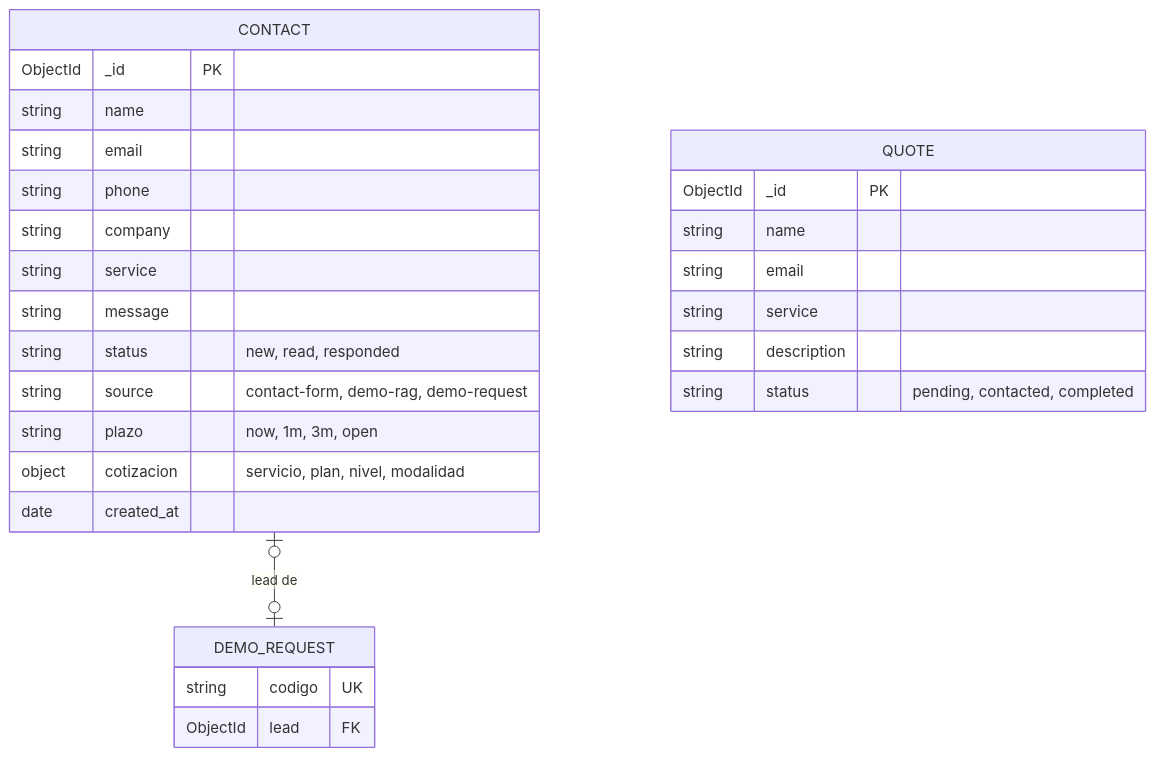
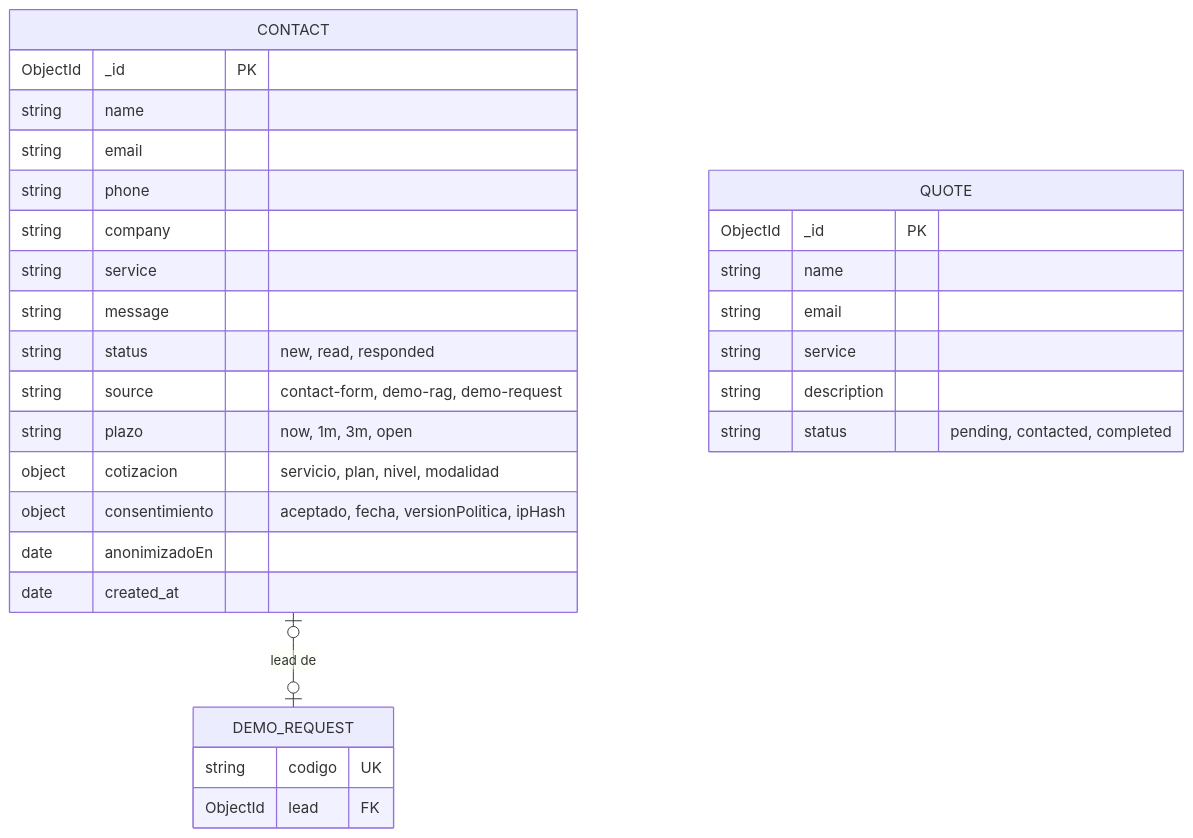
Before and after one commit to ronalc90/koptup: the fourth of 13 diagrams in docs/wiki/Doc-09-Modelos-de-Datos.md, drawn with Mermaid. The commit also changed other lines of this file and 90 other files, not shown here.

````diff
--- a/docs/wiki/Doc-09-Modelos-de-Datos.md
+++ b/docs/wiki/Doc-09-Modelos-de-Datos.md
@@ -217,30 +217,32 @@
 ```mermaid
 erDiagram
     CONTACT |o--o| DEMO_REQUEST : "lead de"
     CONTACT {
         ObjectId _id PK
         string name
         string email
         string phone
         string company
         string service
         string message
         string status "new, read, responded"
         string source "contact-form, demo-rag, demo-request"
         string plazo "now, 1m, 3m, open"
         object cotizacion "servicio, plan, nivel, modalidad"
+        object consentimiento "aceptado, fecha, versionPolitica, ipHash"
+        date anonimizadoEn
         date created_at
     }
     QUOTE {
         ObjectId _id PK
         string name
         string email
         string service
         string description
         string status "pending, contacted, completed"
     }
     DEMO_REQUEST {
         string codigo UK
         ObjectId lead FK
     }
 ```
````
